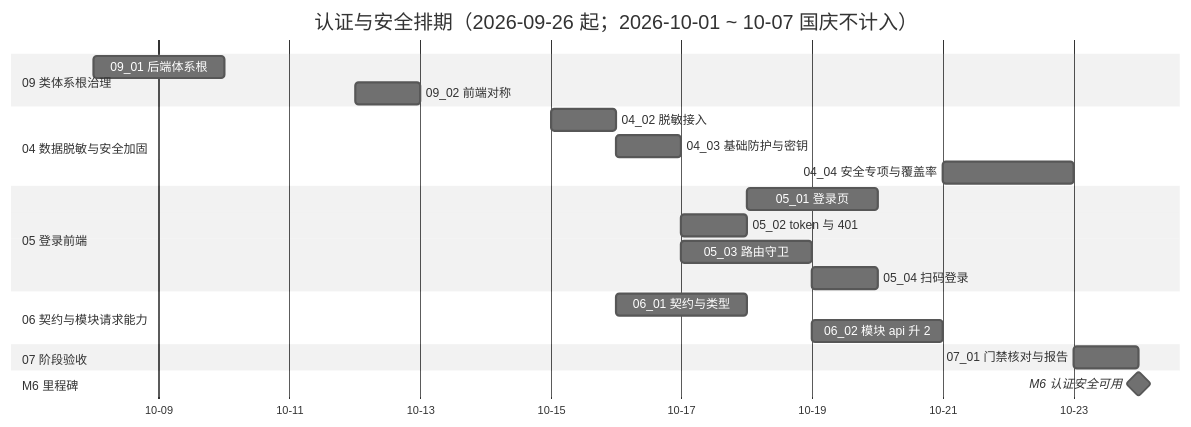
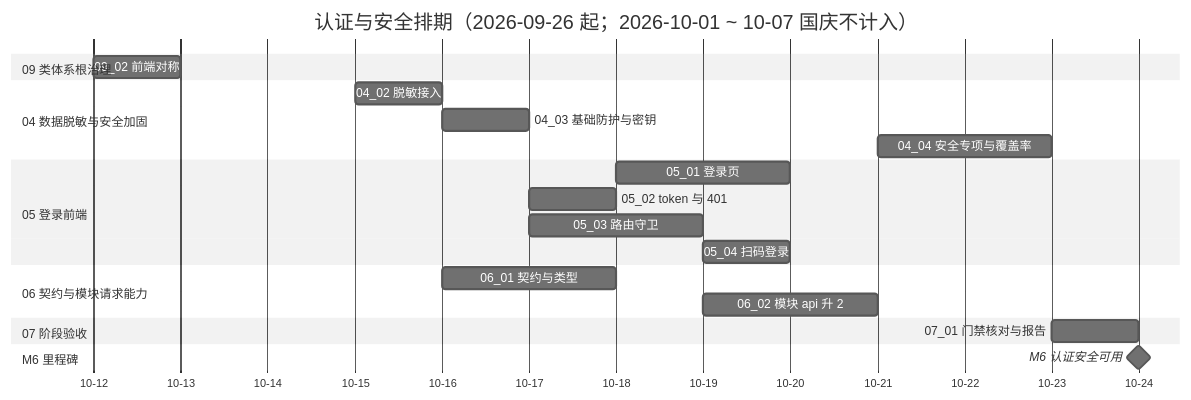
Before and after one commit to minjian123/basic-management-system: the diagram in bms文档/项目/06_认证与安全/计划/01_计划_认证与安全.md, drawn with Mermaid (neutral theme). The commit also changed other lines of this file and 8 other files, not shown here.

````diff
--- a/bms文档/项目/06_认证与安全/计划/01_计划_认证与安全.md
+++ b/bms文档/项目/06_认证与安全/计划/01_计划_认证与安全.md
@@ -64,25 +64,24 @@
 ```mermaid
 gantt
     title 认证与安全排期（2026-09-26 起；2026-10-01 ~ 10-07 国庆不计入）
     dateFormat  YYYY-MM-DD
     axisFormat %m-%d
     section 09 类体系根治理
-    09_01 后端体系根 :i1, 2026-10-08, 2d
     09_02 前端对称 :i2, 2026-10-12, 1d
     section 04 数据脱敏与安全加固
     04_02 脱敏接入 :d2, 2026-10-15, 1d
     04_03 基础防护与密钥 :d3, 2026-10-16, 1d
     04_04 安全专项与覆盖率 :d4, 2026-10-21, 2d
     section 05 登录前端
     05_01 登录页 :e1, 2026-10-18, 2d
     05_02 token 与 401 :e2, 2026-10-17, 1d
     05_03 路由守卫 :e3, 2026-10-17, 2d
     05_04 扫码登录 :e4, 2026-10-19, 1d
     section 06 契约与模块请求能力
     06_01 契约与类型 :f1, 2026-10-16, 2d
     06_02 模块 api 升 2 :f2, 2026-10-19, 2d
     section 07 阶段验收
     07_01 门禁核对与报告 :g1, 2026-10-23, 1d
     section M6 里程碑
     M6 认证安全可用 :milestone, mm6, 2026-10-24, 0d
 ```
````
